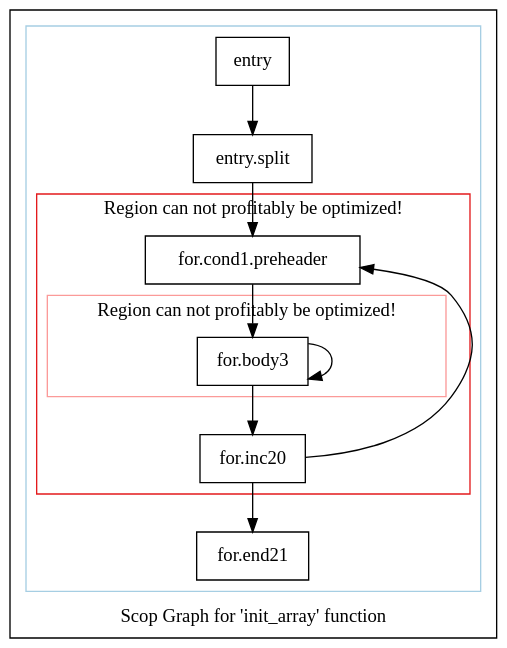
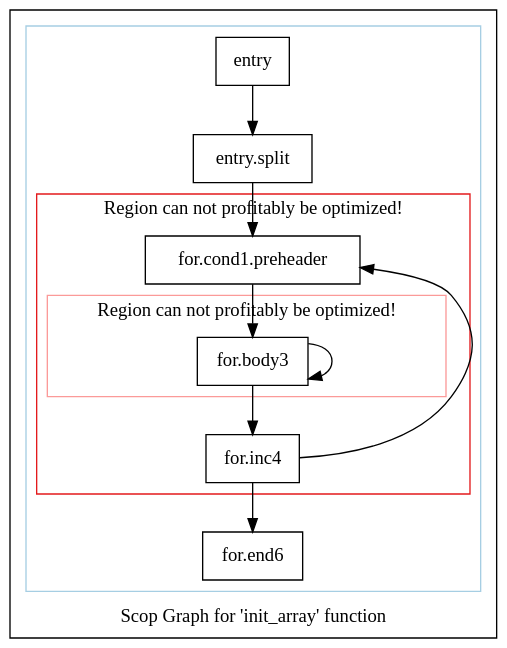
Before and after one commit to samminweng/WhileyOpenCL: the diagram in polly/MatrixMult/impl/handwritten2/dot-only/scopsonly.init_array.dot, drawn with Graphviz. The commit also changed 24 other files, not shown here.

```diff
--- a/polly/MatrixMult/impl/handwritten2/dot-only/scopsonly.init_array.dot
+++ b/polly/MatrixMult/impl/handwritten2/dot-only/scopsonly.init_array.dot
@@ -1,39 +1,39 @@
 digraph "Scop Graph for 'init_array' function" {
 	label="Scop Graph for 'init_array' function";
 
-	Node0x506ed60 [shape=record,label="{entry}"];
-	Node0x506ed60 -> Node0x506f520;
-	Node0x506f520 [shape=record,label="{entry.split}"];
-	Node0x506f520 -> Node0x5070e00;
-	Node0x5070e00 [shape=record,label="{for.cond1.preheader}"];
-	Node0x5070e00 -> Node0x506cfc0;
-	Node0x506cfc0 [shape=record,label="{for.body3}"];
-	Node0x506cfc0 -> Node0x506cfc0[constraint=false];
-	Node0x506cfc0 -> Node0x5072380;
-	Node0x5072380 [shape=record,label="{for.inc20}"];
-	Node0x5072380 -> Node0x5070e00[constraint=false];
-	Node0x5072380 -> Node0x506cf30;
-	Node0x506cf30 [shape=record,label="{for.end21}"];
+	Node0x5bd73c0 [shape=record,label="{entry}"];
+	Node0x5bd73c0 -> Node0x5bd78f0;
+	Node0x5bd78f0 [shape=record,label="{entry.split}"];
+	Node0x5bd78f0 -> Node0x5bd7110;
+	Node0x5bd7110 [shape=record,label="{for.cond1.preheader}"];
+	Node0x5bd7110 -> Node0x5bd7130;
+	Node0x5bd7130 [shape=record,label="{for.body3}"];
+	Node0x5bd7130 -> Node0x5bd7130[constraint=false];
+	Node0x5bd7130 -> Node0x5bd68f0;
+	Node0x5bd68f0 [shape=record,label="{for.inc4}"];
+	Node0x5bd68f0 -> Node0x5bd7110[constraint=false];
+	Node0x5bd68f0 -> Node0x5bd6a60;
+	Node0x5bd6a60 [shape=record,label="{for.end6}"];
 	colorscheme = "paired12"
-        subgraph cluster_0x5061ba0 {
+        subgraph cluster_0x5bca2f0 {
           label = "";
           style = solid;
           color = 1
-          subgraph cluster_0x5062730 {
+          subgraph cluster_0x5bca470 {
             label = "Region can not profitably be optimized!";
             style = solid;
             color = 6
-            subgraph cluster_0x5061e90 {
+            subgraph cluster_0x5bca5f0 {
               label = "Region can not profitably be optimized!";
               style = solid;
               color = 5
-              Node0x506cfc0;
+              Node0x5bd7130;
             }
-            Node0x5070e00;
-            Node0x5072380;
+            Node0x5bd7110;
+            Node0x5bd68f0;
           }
-          Node0x506ed60;
-          Node0x506f520;
-          Node0x506cf30;
+          Node0x5bd73c0;
+          Node0x5bd78f0;
+          Node0x5bd6a60;
         }
 }
```
